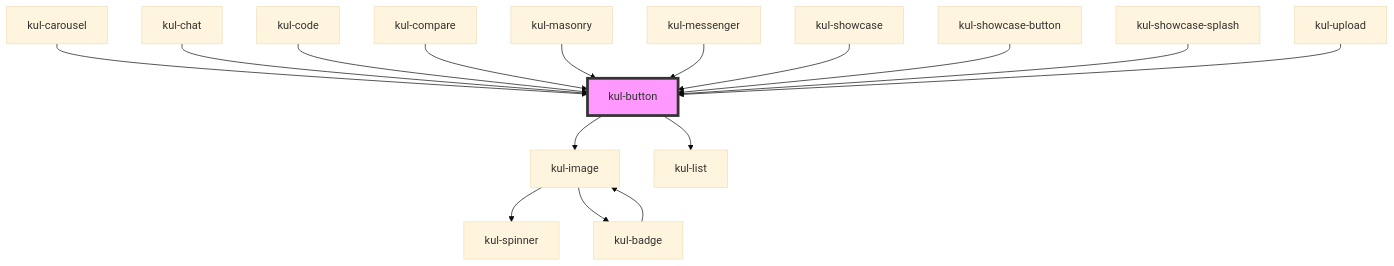
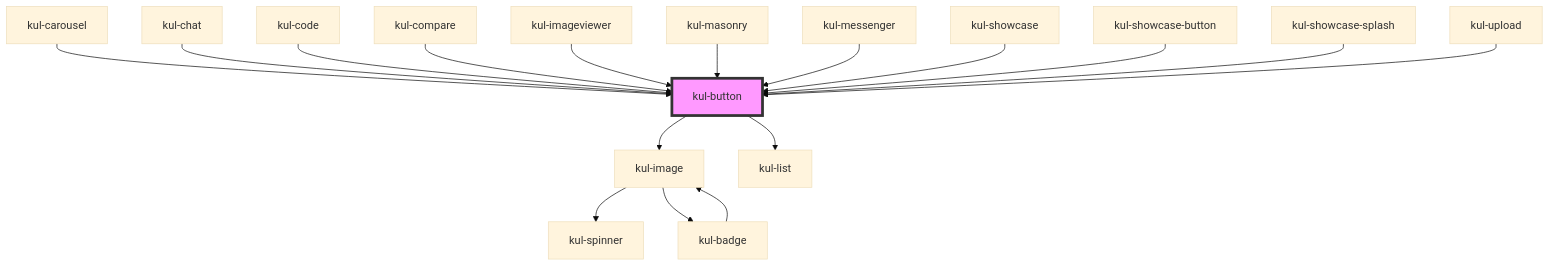
The diagram in packages/ketchup-lite/src/components/kul-button/readme.md (lucafoscili/ketchup-lite), drawn with Mermaid (base theme) before and after one commit. The commit also changed other lines of this file and 29 other files, not shown here.

````diff
--- a/packages/ketchup-lite/src/components/kul-button/readme.md
+++ b/packages/ketchup-lite/src/components/kul-button/readme.md
@@ -159,19 +160,20 @@
 ```mermaid
 graph TD;
   kul-button --> kul-image
   kul-button --> kul-list
   kul-image --> kul-spinner
   kul-image --> kul-badge
   kul-badge --> kul-image
   kul-carousel --> kul-button
   kul-chat --> kul-button
   kul-code --> kul-button
   kul-compare --> kul-button
+  kul-imageviewer --> kul-button
   kul-masonry --> kul-button
   kul-messenger --> kul-button
   kul-showcase --> kul-button
   kul-showcase-button --> kul-button
   kul-showcase-splash --> kul-button
   kul-upload --> kul-button
   style kul-button fill:#f9f,stroke:#333,stroke-width:4px
 ```
````
